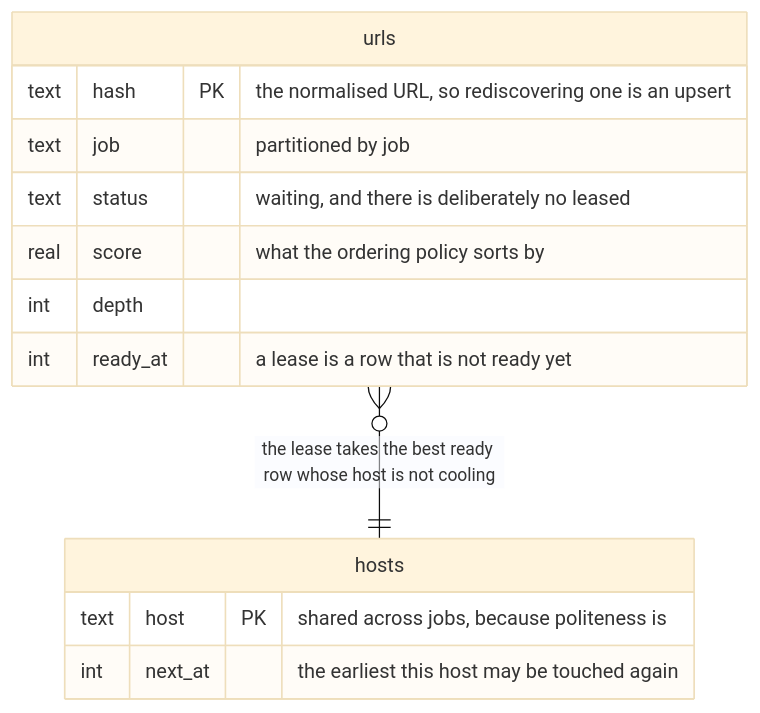
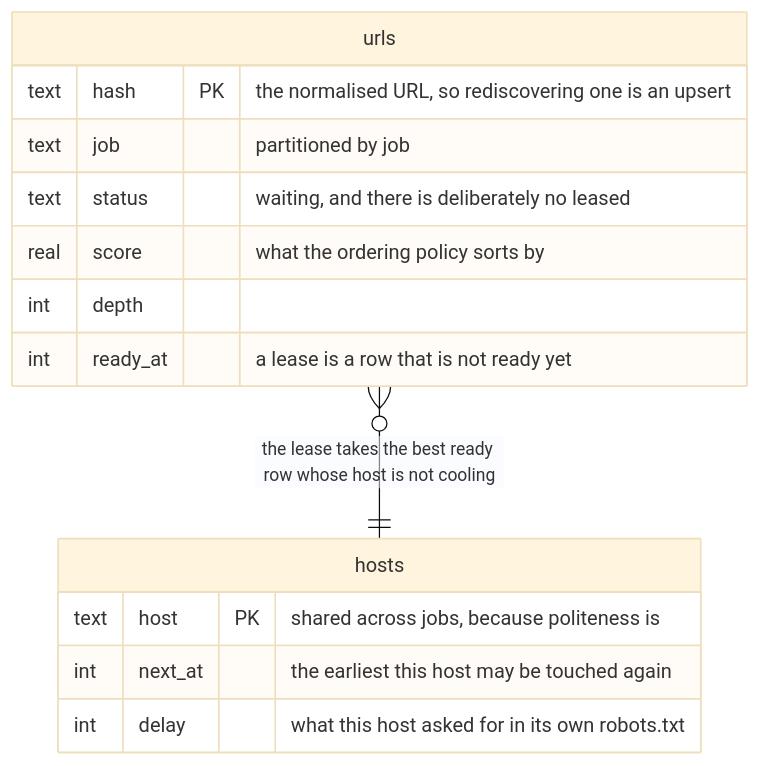
Before and after one commit to rangertaha/scour: the diagram in docs/frontier.md, drawn with Mermaid (base theme). The commit also changed other lines of this file and 16 other files, not shown here.

````diff
--- a/docs/frontier.md
+++ b/docs/frontier.md
@@ -9,16 +9,17 @@
 ```mermaid
 erDiagram
   urls {
     text hash PK "the normalised URL, so rediscovering one is an upsert"
     text job "partitioned by job"
     text status "waiting, and there is deliberately no leased"
     real score "what the ordering policy sorts by"
     int depth
     int ready_at "a lease is a row that is not ready yet"
   }
   hosts {
     text host PK "shared across jobs, because politeness is"
     int next_at "the earliest this host may be touched again"
+    int delay "what this host asked for in its own robots.txt"
   }
   urls }o--|| hosts : "the lease takes the best ready row whose host is not cooling"
 ```
````
